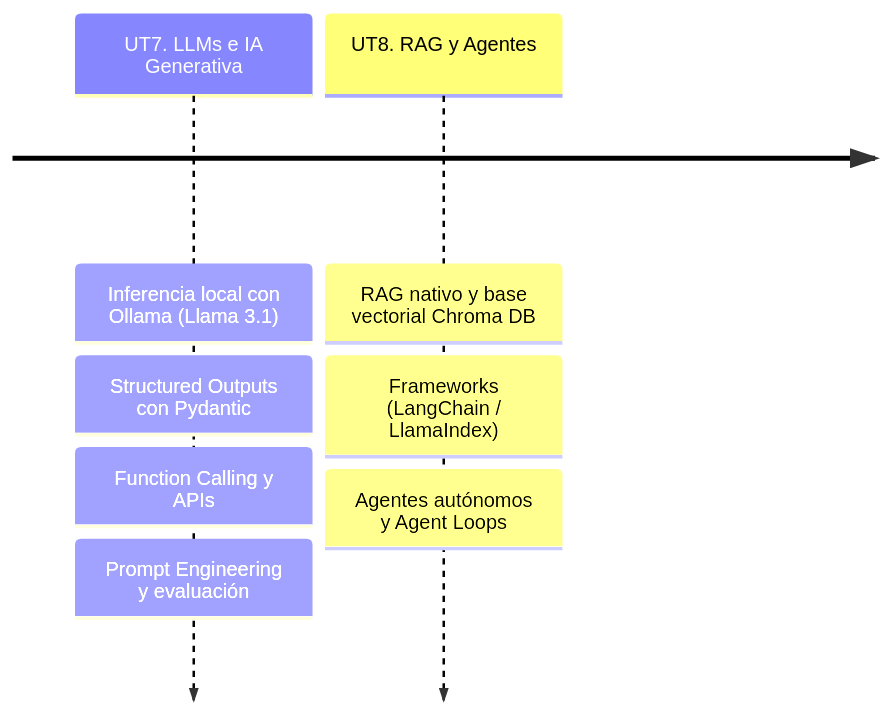
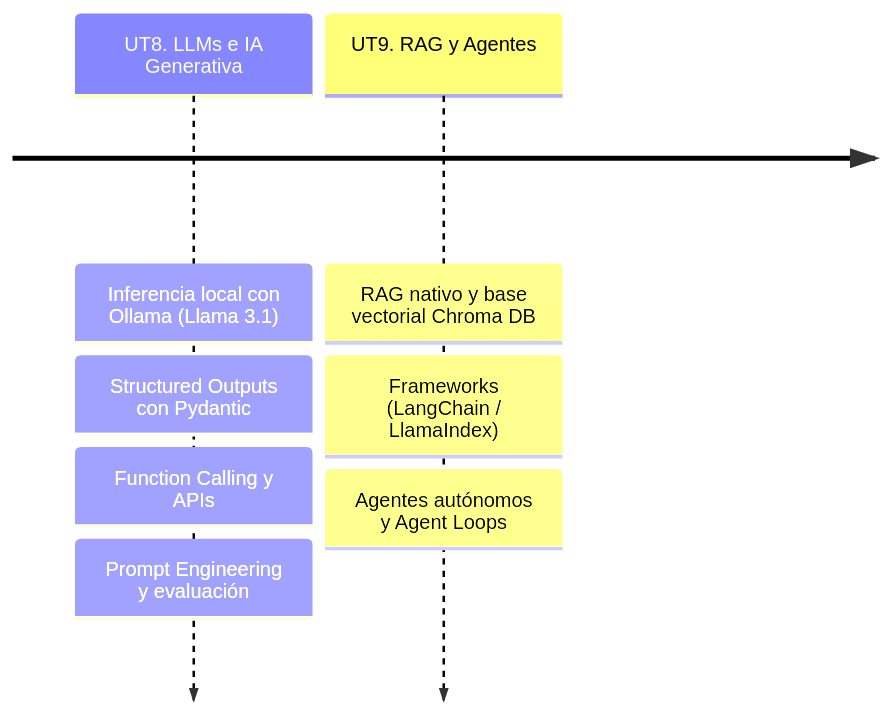
Before and after one commit to acamarac02/DevTacora: the third of 3 diagrams in docs/02_pia_2627/index.md, drawn with Mermaid. The commit also changed other lines of this file and 2 other files, not shown here.

````diff
--- a/docs/02_pia_2627/index.md
+++ b/docs/02_pia_2627/index.md
@@ -100,16 +100,16 @@
 ```mermaid
 ---
 config:
   theme: default
 ---
 timeline
-    UT7. LLMs e IA Generativa
+    UT8. LLMs e IA Generativa
       : Inferencia local con Ollama (Llama 3.1)
       : Structured Outputs con Pydantic
       : Function Calling y APIs
       : Prompt Engineering y evaluación
-    UT8. RAG y Agentes
+    UT9. RAG y Agentes
       : RAG nativo y base vectorial Chroma DB
       : Frameworks (LangChain / LlamaIndex)
       : Agentes autónomos y Agent Loops
 ```
````
